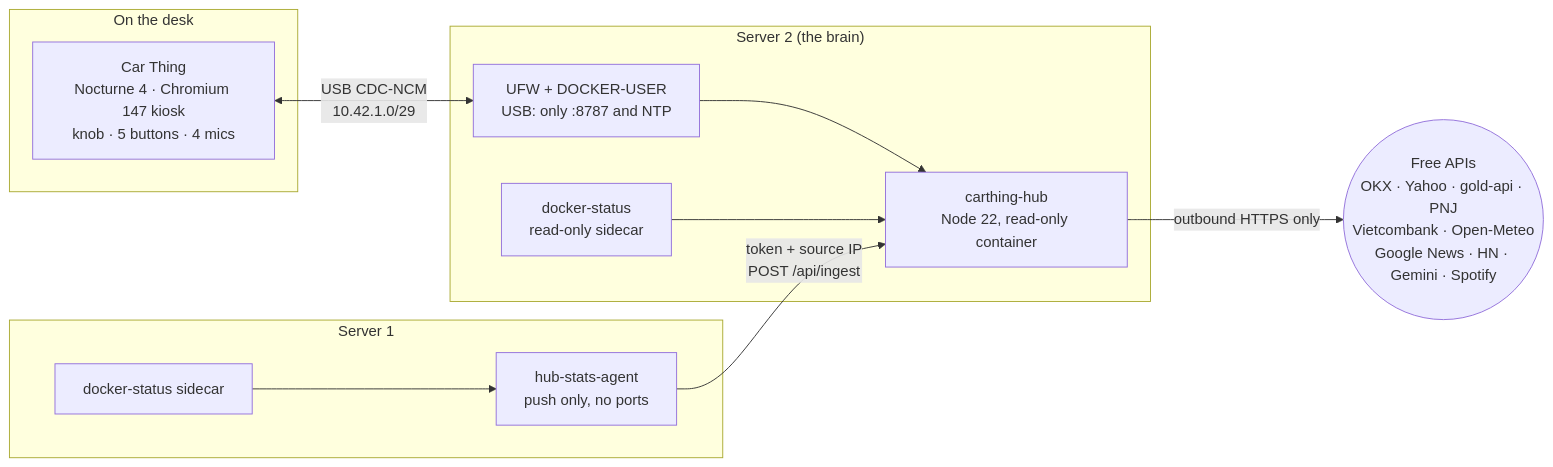
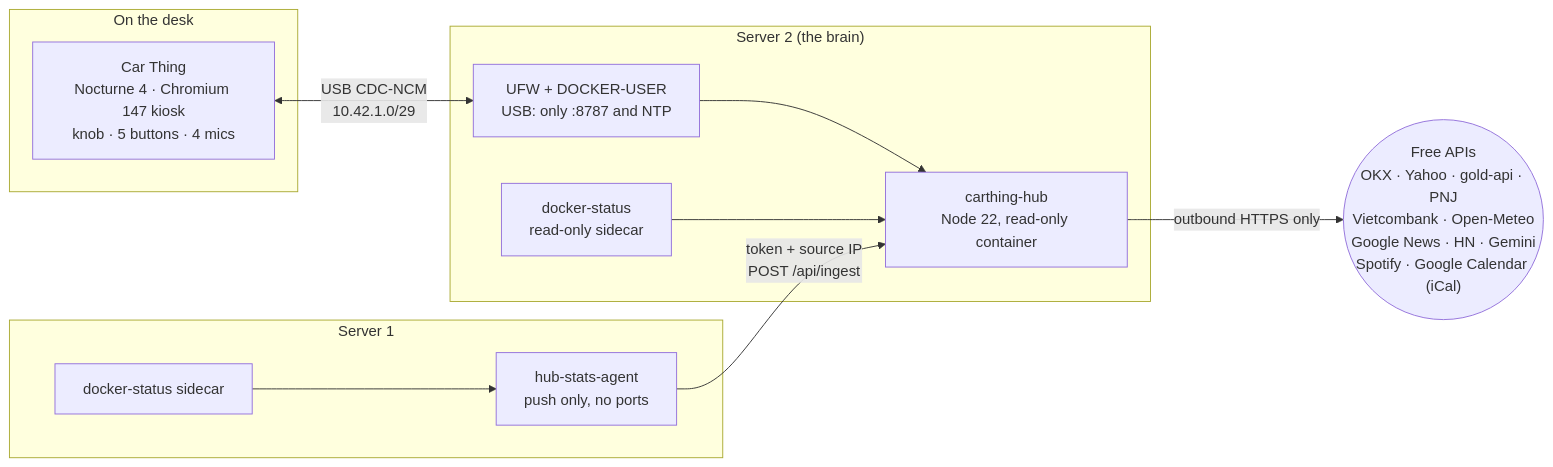
The diagram in README.md (nhaajtt/carthing-desk-hub), drawn with Mermaid before and after one commit. The commit also changed other lines of this file and 33 other files, not shown here.

````diff
--- a/README.md
+++ b/README.md
@@ -88,21 +97,21 @@
 ```mermaid
 flowchart LR
   subgraph desk["On the desk"]
     CT["Car Thing<br/>Nocturne 4 · Chromium 147 kiosk<br/>knob · 5 buttons · 4 mics"]
   end
   subgraph s2["Server 2 (the brain)"]
     HUB["carthing-hub<br/>Node 22, read-only container"]
     DS2["docker-status<br/>read-only sidecar"]
     FW["UFW + DOCKER-USER<br/>USB: only :8787 and NTP"]
   end
   subgraph s1["Server 1"]
     AG["hub-stats-agent<br/>push only, no ports"]
     DS1["docker-status sidecar"]
   end
-  NET(("Free APIs<br/>OKX · Yahoo · gold-api · PNJ<br/>Vietcombank · Open-Meteo<br/>Google News · HN · Gemini · Spotify"))
+  NET(("Free APIs<br/>OKX · Yahoo · gold-api · PNJ<br/>Vietcombank · Open-Meteo<br/>Google News · HN · Gemini<br/>Spotify · Google Calendar (iCal)"))
 
   CT <-- "USB CDC-NCM<br/>10.42.1.0/29" --> FW --> HUB
   DS2 --> HUB
   DS1 --> AG -- "token + source IP<br/>POST /api/ingest" --> HUB
   HUB -- "outbound HTTPS only" --> NET
 ```
````
